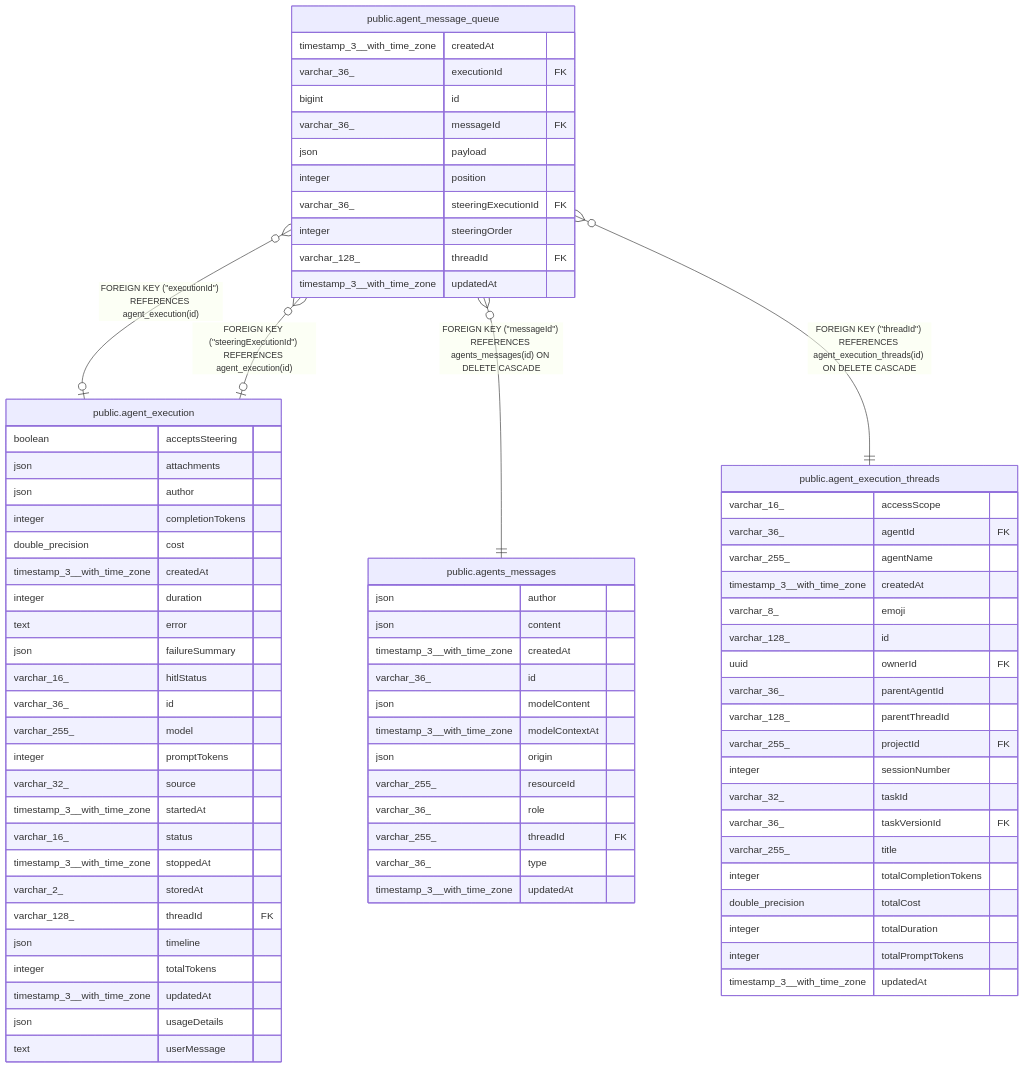
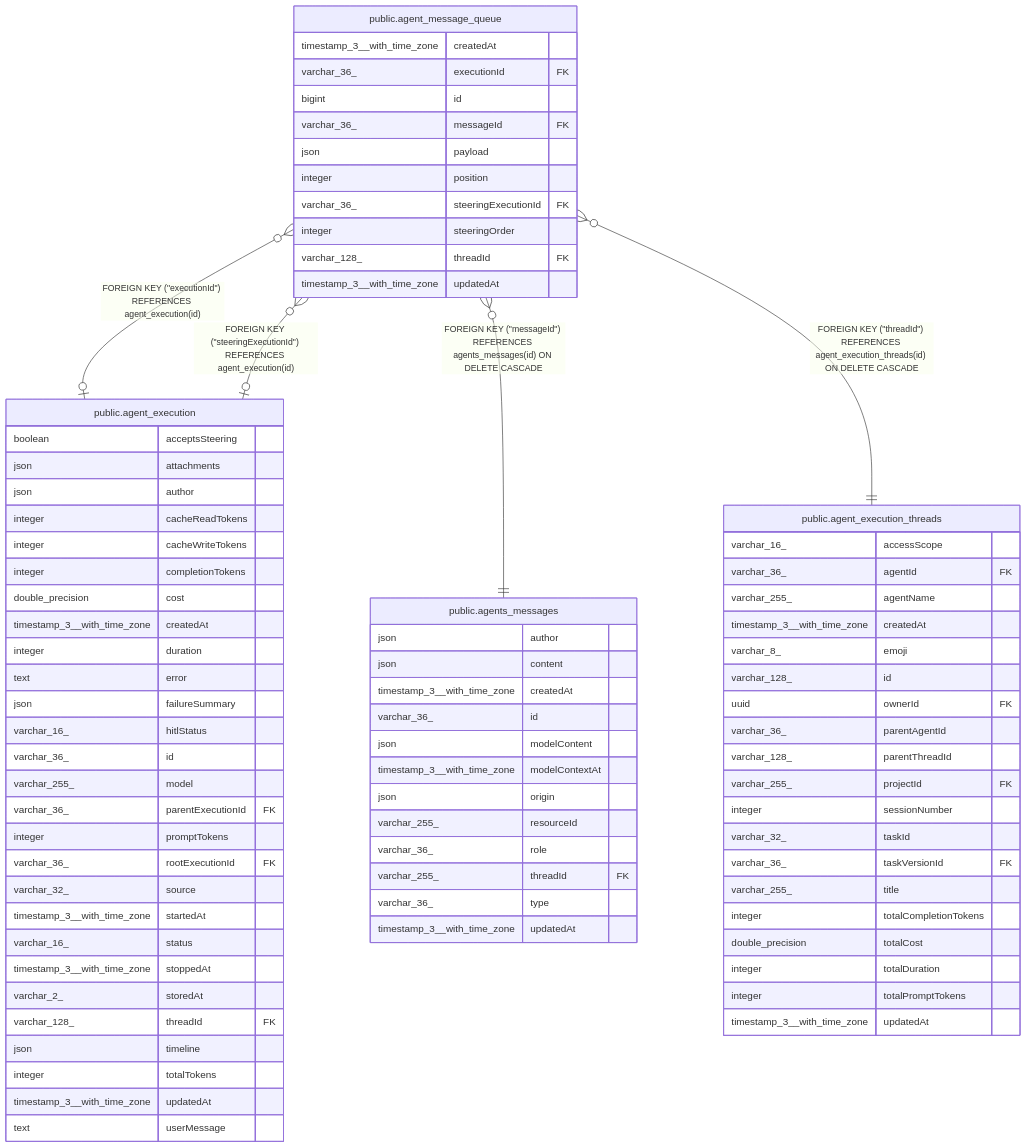
One commit to Bortlesboat/n8n changed the diagram in docs/generated/postgres-schema/public.agent_message_queue.md. Above: the diagram before and after it, drawn with Mermaid. The commit also changed 34 other files, not shown here.

First line of the commit message:
feat(core): Link delegated Agents executions and store cache tokens in columns (no-changelog)

```diff
--- a/docs/generated/postgres-schema/public.agent_message_queue.md
+++ b/docs/generated/postgres-schema/public.agent_message_queue.md
@@ -70,6 +70,8 @@
   boolean acceptsSteering
   json attachments
   json author
+  integer cacheReadTokens
+  integer cacheWriteTokens
   integer completionTokens
   double_precision cost
   timestamp_3__with_time_zone createdAt
@@ -79,7 +81,9 @@
   varchar_16_ hitlStatus
   varchar_36_ id
   varchar_255_ model
+  varchar_36_ parentExecutionId FK
   integer promptTokens
+  varchar_36_ rootExecutionId FK
   varchar_32_ source
   timestamp_3__with_time_zone startedAt
   varchar_16_ status
@@ -89,7 +93,6 @@
   json timeline
   integer totalTokens
   timestamp_3__with_time_zone updatedAt
-  json usageDetails
   text userMessage
 }
 "public.agents_messages" {
```
